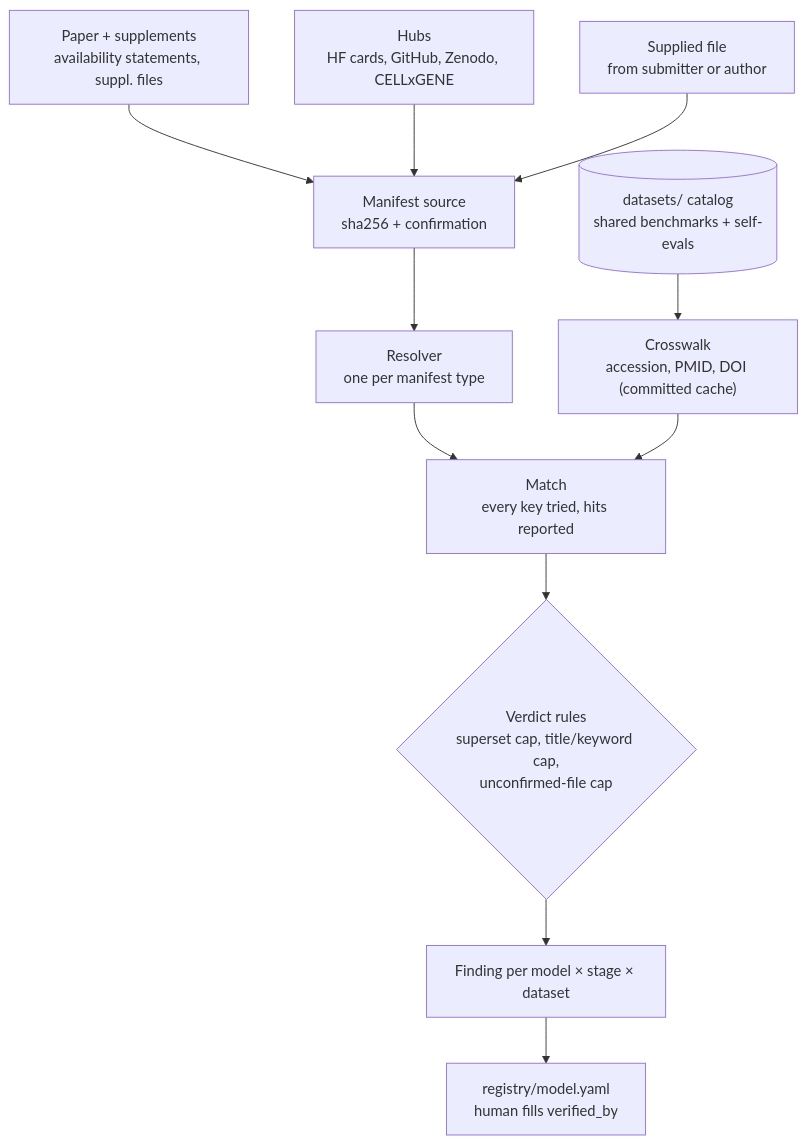
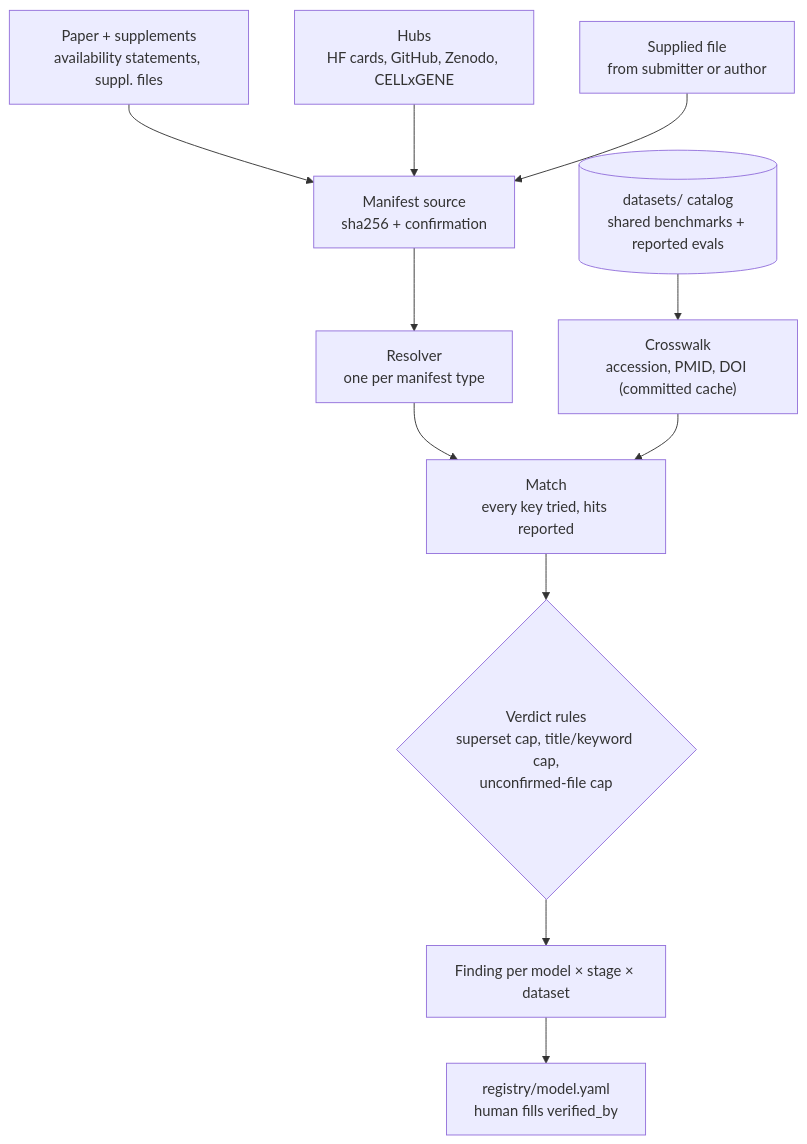
Before and after one commit to leahmatzat/corpus-checker: the first of 3 diagrams in docs/DATA_FLOW.md, drawn with Mermaid. The commit also changed other lines of this file and 21 other files, not shown here.

First line of the commit message:
Site layout: reported evals by model, an All datasets grid, and a short intro

````diff
--- a/docs/DATA_FLOW.md
+++ b/docs/DATA_FLOW.md
@@ -9,13 +9,13 @@
 ```mermaid
 flowchart TD
   P["Paper + supplements<br/>availability statements, suppl. files"] --> M
   H["Hubs<br/>HF cards, GitHub, Zenodo, CELLxGENE"] --> M
   U["Supplied file<br/>from submitter or author"] --> M
   M["Manifest source<br/>sha256 + confirmation"] --> R["Resolver<br/>one per manifest type"]
   R --> MA["Match<br/>every key tried, hits reported"]
-  CAT[("datasets/ catalog<br/>shared benchmarks + self-evals")] --> X["Crosswalk<br/>accession, PMID, DOI (committed cache)"]
+  CAT[("datasets/ catalog<br/>shared benchmarks + reported evals")] --> X["Crosswalk<br/>accession, PMID, DOI (committed cache)"]
   X --> MA
   MA --> V{"Verdict rules<br/>superset cap, title/keyword cap,<br/>unconfirmed-file cap"}
   V --> F["Finding per model × stage × dataset"]
   F --> Y["registry/model.yaml<br/>human fills verified_by"]
 ```
````
